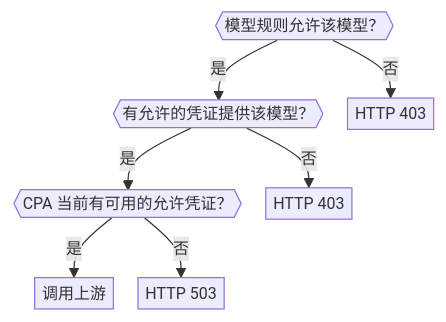
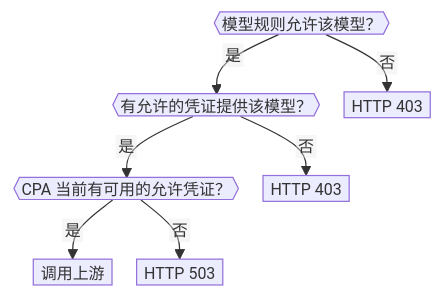
Before and after one commit to haowang02/cpa-plugin-key-billing: the diagram in README.md, drawn with Mermaid. The commit also changed 1 other file, not shown here.

Commit message:
docs: fix routing diagram labels on GitHub

````diff
--- a/README.md
+++ b/README.md
@@ -110,19 +110,21 @@
 ```mermaid
 ---
 config:
+  htmlLabels: false
   themeVariables:
     fontSize: "13px"
   flowchart:
     diagramPadding: 4
     nodeSpacing: 20
     rankSpacing: 28
     padding: 3
+    wrappingWidth: 240
 ---
 flowchart TB
     D{{模型规则允许该模型？}} -- 是 --> E{{有允许的凭证提供该模型？}}
     E -- 是 --> P{{CPA 当前有可用的允许凭证？}}
     P -- 是 --> U[调用上游]
     D -- 否 --> R1[HTTP 403]
     E -- 否 --> R2[HTTP 403]
     P -- 否 --> S[HTTP 503]
 ```
````
